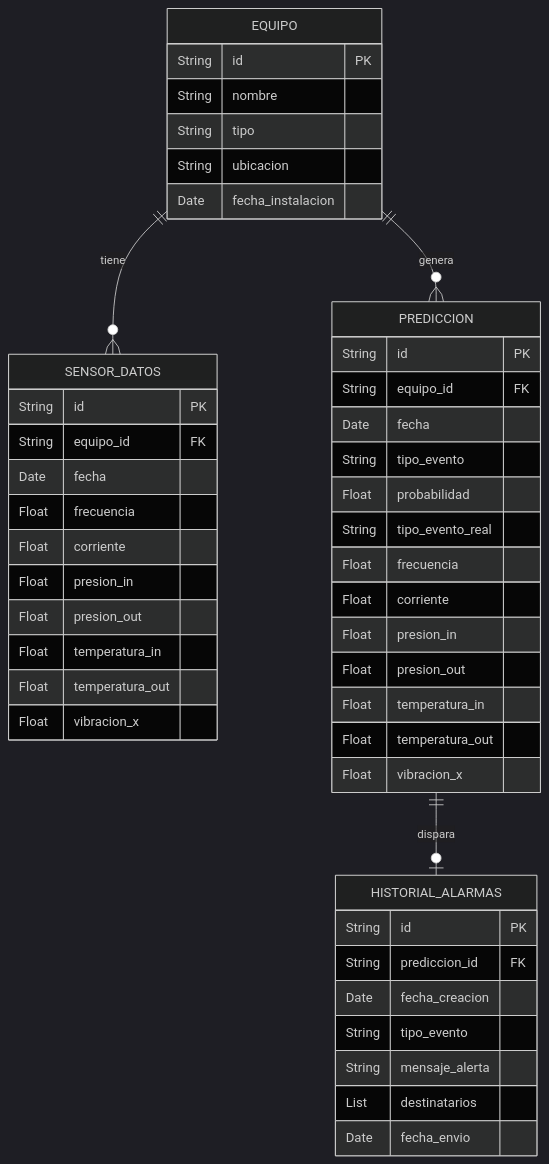
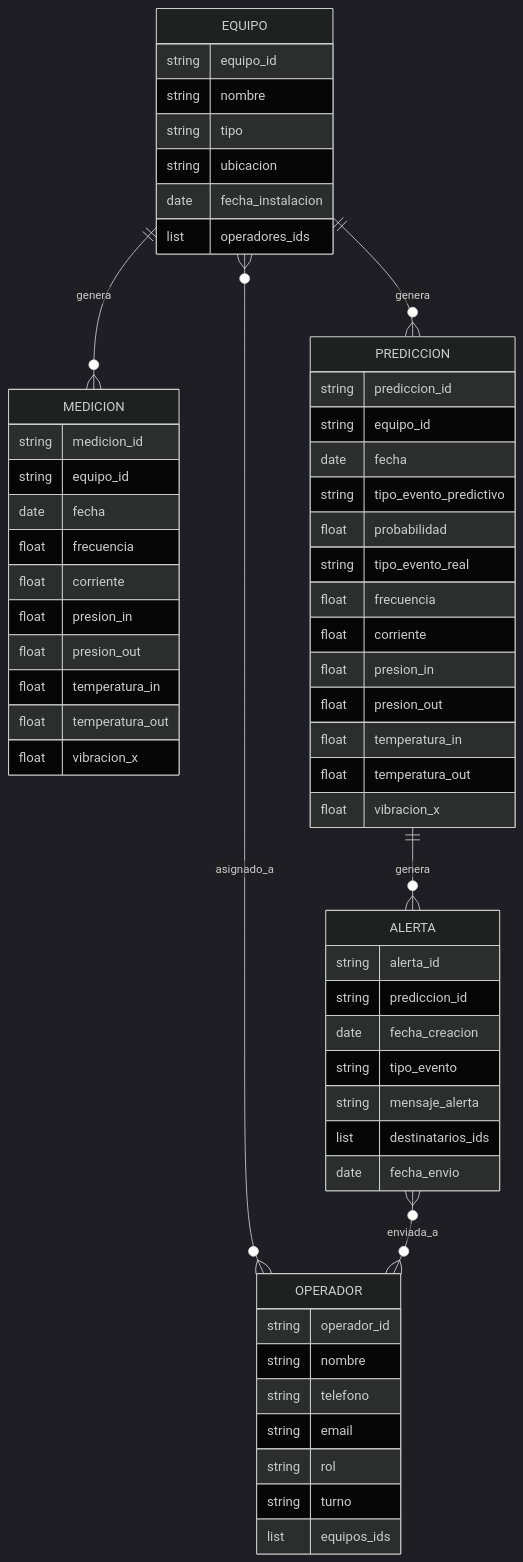
Before and after one commit to caldep/AI4Devs-finalproject: the diagram in readme.md, drawn with Mermaid (dark theme). The commit also changed other lines of this file and 1 other file, not shown here.

Commit message:
Ajustes al modelo de datos
Se aplican cambios al modelo de datos para tomar en cuenta los operadores

````diff
--- a/readme.md
+++ b/readme.md
@@ -266,50 +266,74 @@
 ```mermaid
 erDiagram
+    %% Modelo de Datos NoSQL para el Sistema Predictivo de Mantenimiento de Equipos
+
+    %% Documentos y sus atributos
     EQUIPO {
-        String id PK
-        String nombre
-        String tipo
-        String ubicacion
-        Date fecha_instalacion
-    }
-    SENSOR_DATOS {
-        String id PK
-        String equipo_id FK
-        Date fecha
-        Float frecuencia
-        Float corriente
-        Float presion_in
-        Float presion_out
-        Float temperatura_in
-        Float temperatura_out
-        Float vibracion_x
-    }
-    PREDICCION {
-        String id PK
-        String equipo_id FK
-        Date fecha
-        String tipo_evento
-        Float probabilidad
-        String tipo_evento_real
-        Float frecuencia
-        Float corriente
-        Float presion_in
-        Float presion_out
-        Float temperatura_in
-        Float temperatura_out
-        Float vibracion_x
-    }
-    HISTORIAL_ALARMAS {
-        String id PK
-        String prediccion_id FK
-        Date fecha_creacion
-        String tipo_evento
-        String mensaje_alerta
-        List destinatarios
-        Date fecha_envio
+        string equipo_id
+        string nombre
+        string tipo
+        string ubicacion
+        date   fecha_instalacion
+        %%Relación muchos a muchos con OPERADOR
+        list   operadores_ids  
     }
 
-    EQUIPO ||--o{ SENSOR_DATOS : "tiene"
-    EQUIPO ||--o{ PREDICCION : "genera"
-    PREDICCION ||--o| HISTORIAL_ALARMAS : "dispara"
+    OPERADOR {
+        string operador_id
+        string nombre
+        string telefono
+        string email
+        string rol
+        string turno
+        %% Relación muchos a muchos con EQUIPO
+        list   equipos_ids     
+    }
+
+    MEDICION {
+        string medicion_id
+        string equipo_id
+        date   fecha
+        float  frecuencia
+        float  corriente
+        float  presion_in
+        float  presion_out
+        float  temperatura_in
+        float  temperatura_out
+        float  vibracion_x
+    }
+
+    PREDICCION {
+        string prediccion_id
+        string equipo_id
+        date   fecha
+        string tipo_evento_predictivo
+        float  probabilidad
+        string tipo_evento_real
+        float  frecuencia
+        float  corriente
+        float  presion_in
+        float  presion_out
+        float  temperatura_in
+        float  temperatura_out
+        float  vibracion_x
+    }
+
+    ALERTA {
+        string alerta_id
+        string prediccion_id
+        date   fecha_creacion
+        string tipo_evento
+        string mensaje_alerta
+        %% Relación muchos a muchos con OPERADOR
+        list   destinatarios_ids  
+        date   fecha_envio
+    }
+
+    %% Relaciones
+    EQUIPO }o--o{ OPERADOR : asignado_a
+    EQUIPO ||--o{ MEDICION : genera
+    EQUIPO ||--o{ PREDICCION : genera
+    PREDICCION ||--o{ ALERTA : genera
+    ALERTA }o--o{ OPERADOR : enviada_a
+
 ```
````
